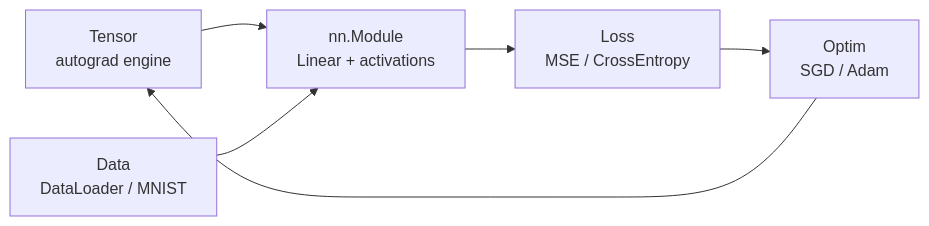
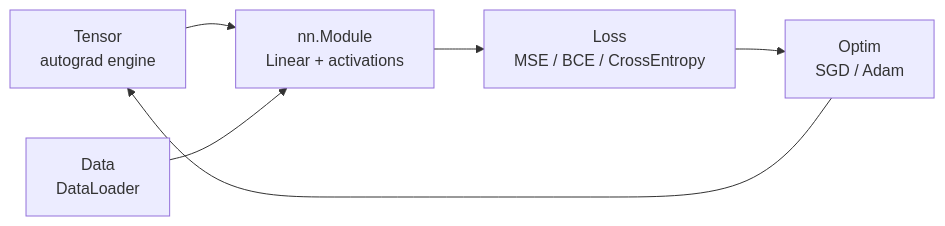
The diagram in README.md (zezortdx/NoTorch), drawn with Mermaid before and after one commit. The commit also changed other lines of this file and 9 other files, not shown here.

````diff
--- a/README.md
+++ b/README.md
@@ -76,8 +88,8 @@
 ```mermaid
 flowchart LR
     T[Tensor<br/>autograd engine] --> M[nn.Module<br/>Linear + activations]
-    M --> L[Loss<br/>MSE / CrossEntropy]
+    M --> L[Loss<br/>MSE / BCE / CrossEntropy]
     L --> O[Optim<br/>SGD / Adam]
     O --> T
-    D[Data<br/>DataLoader / MNIST] --> M
+    D[Data<br/>DataLoader] --> M
 ```
````
